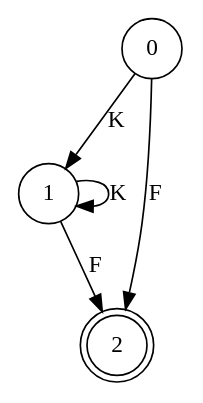
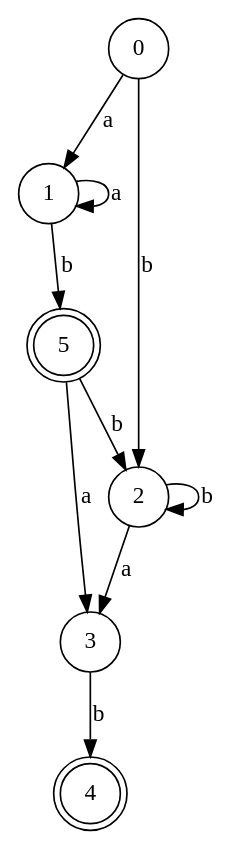
The diagram in visualization/DFA.gv (julia-bel/machine_learning_of_patterns), drawn with Graphviz before and after one commit. The commit also changed 10 other files, not shown here.

```diff
--- a/visualization/DFA.gv
+++ b/visualization/DFA.gv
@@ -1,9 +1,17 @@
 digraph {
 	0 [shape=circle]
-	0 -> 1 [label=K]
-	0 -> 2 [label=F]
-	2 [shape=doublecircle]
+	0 -> 1 [label=a]
+	0 -> 2 [label=b]
+	2 [shape=circle]
+	2 -> 2 [label=b]
+	2 -> 3 [label=a]
+	3 [shape=circle]
+	3 -> 4 [label=b]
+	4 [shape=doublecircle]
 	1 [shape=circle]
-	1 -> 1 [label=K]
-	1 -> 2 [label=F]
+	1 -> 1 [label=a]
+	1 -> 5 [label=b]
+	5 [shape=doublecircle]
+	5 -> 2 [label=b]
+	5 -> 3 [label=a]
 }
```
